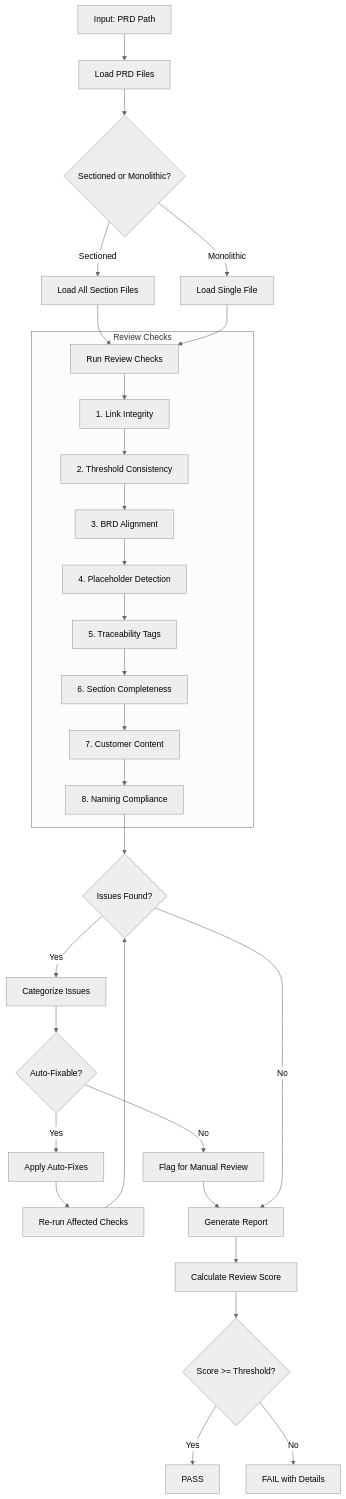
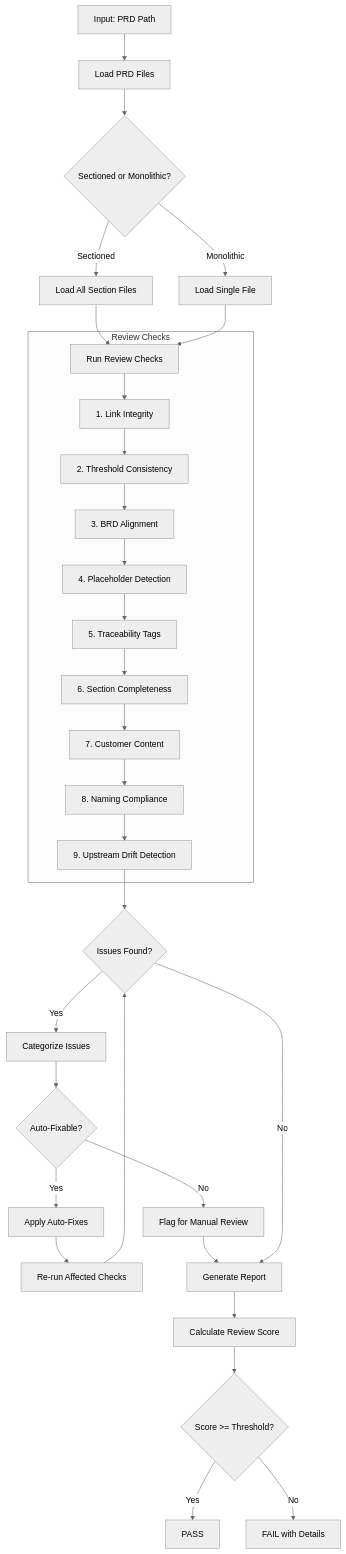
The first of 2 diagrams in .claude/skills/doc-prd-reviewer/SKILL.md (vladm3105/aidoc-flow-framework), drawn with Mermaid (neutral theme) before and after one commit. The commit also changed other lines of this file and 34 other files, not shown here.

````diff
--- a/.claude/skills/doc-prd-reviewer/SKILL.md
+++ b/.claude/skills/doc-prd-reviewer/SKILL.md
@@ -69,36 +69,37 @@
 ```mermaid
 flowchart TD
     A[Input: PRD Path] --> B[Load PRD Files]
     B --> C{Sectioned or Monolithic?}
 
     C -->|Sectioned| D[Load All Section Files]
     C -->|Monolithic| E[Load Single File]
 
     D --> F[Run Review Checks]
     E --> F
 
     subgraph Review["Review Checks"]
         F --> G[1. Link Integrity]
         G --> H[2. Threshold Consistency]
         H --> I[3. BRD Alignment]
         I --> J[4. Placeholder Detection]
         J --> K[5. Traceability Tags]
         K --> L[6. Section Completeness]
         L --> M[7. Customer Content]
         M --> M2[8. Naming Compliance]
+        M2 --> M3[9. Upstream Drift Detection]
     end
 
-    M2 --> N{Issues Found?}
+    M3 --> N{Issues Found?}
     N -->|Yes| O[Categorize Issues]
     O --> P{Auto-Fixable?}
     P -->|Yes| Q[Apply Auto-Fixes]
     Q --> R[Re-run Affected Checks]
     P -->|No| S[Flag for Manual Review]
     R --> N
     S --> T[Generate Report]
     N -->|No| T
     T --> U[Calculate Review Score]
     U --> V{Score >= Threshold?}
     V -->|Yes| W[PASS]
     V -->|No| X[FAIL with Details]
 ```
````
